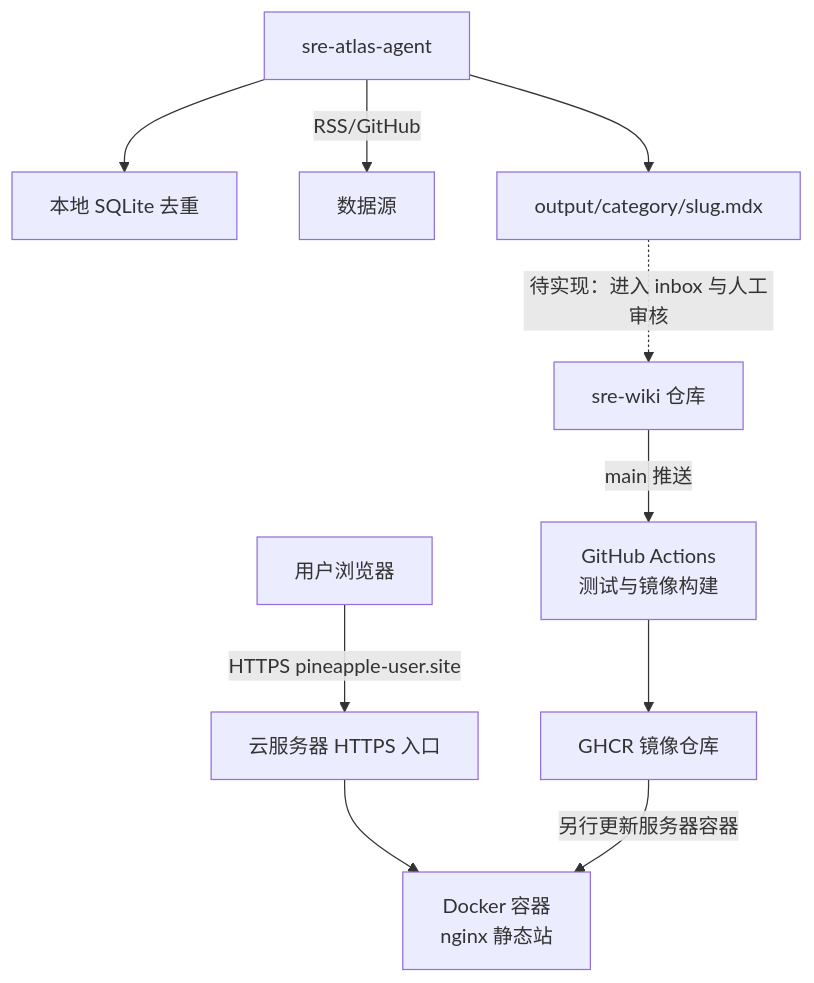
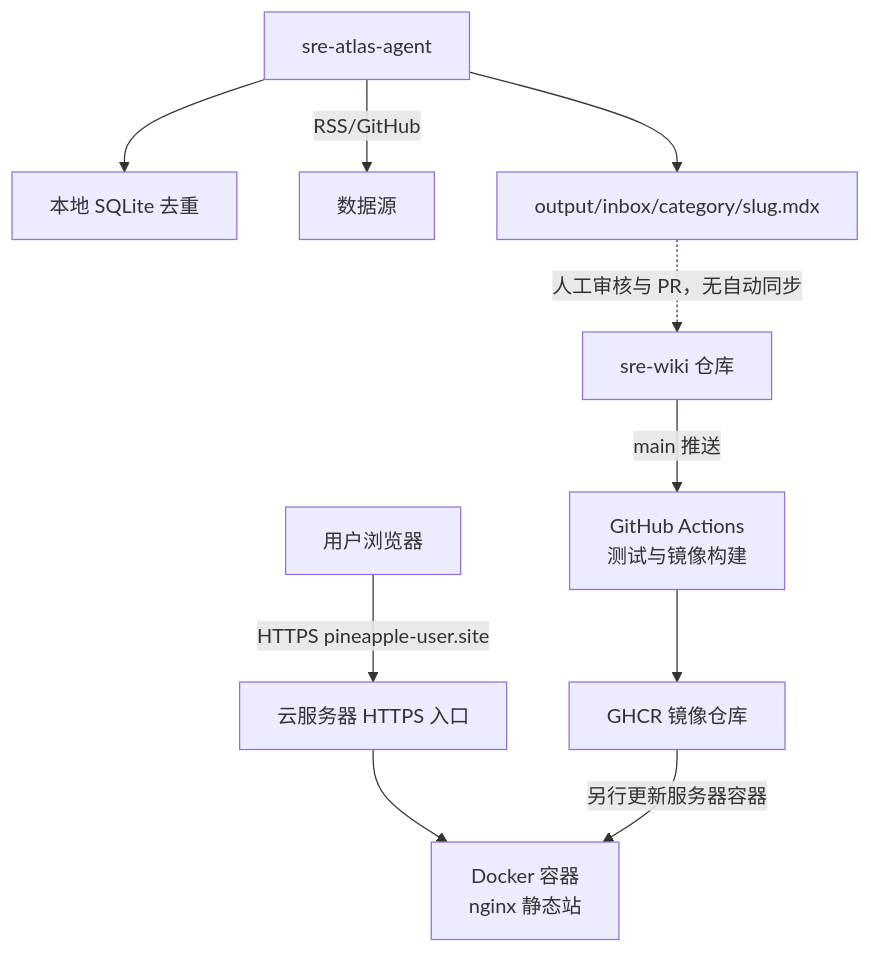
One commit to lin327/sre-wiki changed the diagram in PROJECT.md. Above: the diagram before and after it, drawn with Mermaid. The commit also changed other lines of this file and 3 other files, not shown here.

````diff
--- a/PROJECT.md
+++ b/PROJECT.md
@@ -16,12 +16,12 @@
 ```mermaid
 graph TB
     User[用户浏览器] -->|HTTPS pineapple-user.site| Server[云服务器 HTTPS 入口]
     Server --> Wiki[Docker 容器<br/>nginx 静态站]
     Repo[sre-wiki 仓库] -->|main 推送| GH[GitHub Actions<br/>测试与镜像构建]
     GH --> GHCR[GHCR 镜像仓库]
     GHCR -->|另行更新服务器容器| Wiki
     Agent[sre-atlas-agent] --> SQLite[本地 SQLite 去重]
     Agent -->|RSS/GitHub| Sources[数据源]
-    Agent --> Output[output/category/slug.mdx]
-    Output -.->|待实现：进入 inbox 与人工审核| Repo
+    Agent --> Output[output/inbox/category/slug.mdx]
+    Output -.->|人工审核与 PR，无自动同步| Repo
 ```
````
